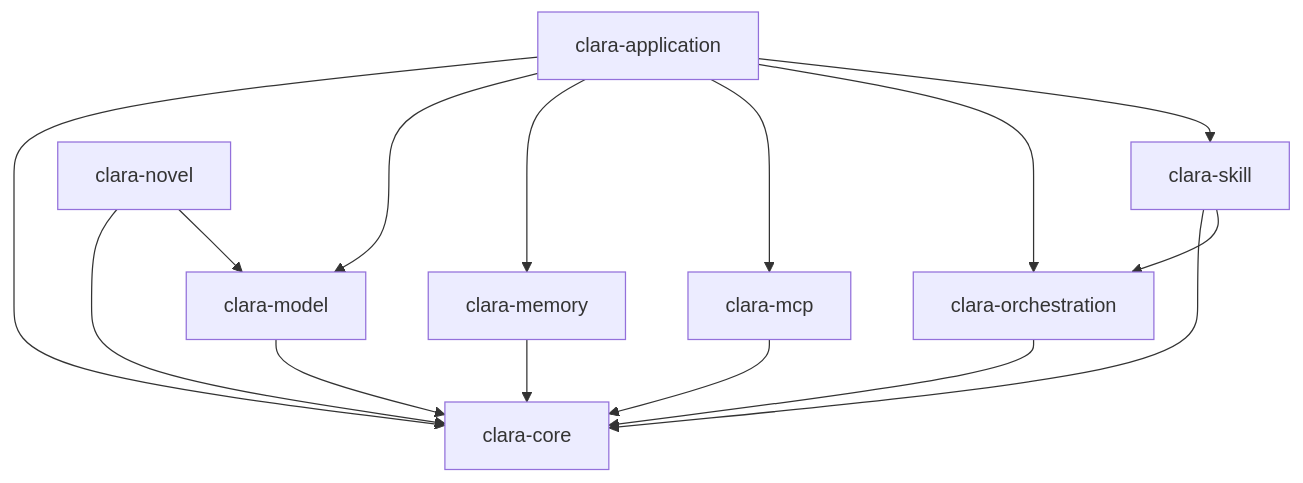
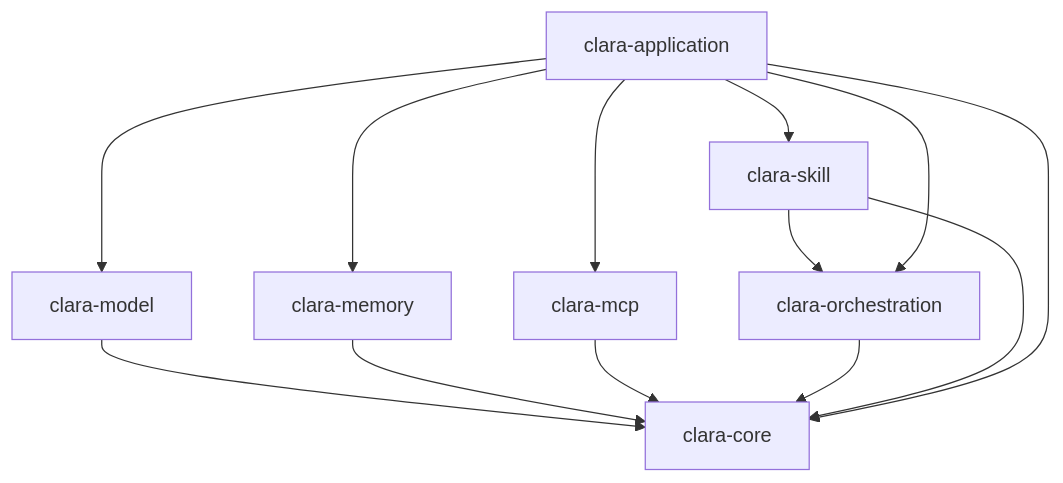
One commit to fangwu798/clara changed the diagram in readme.md. Above: the diagram before and after it, drawn with Mermaid. The commit also changed other lines of this file and 15 other files, not shown here.

First line of the commit message:
refactor: 移除 clara-novel 模块及运行脚本

````diff
--- a/readme.md
+++ b/readme.md
@@ -31,18 +30,16 @@
 ```mermaid
 flowchart TD
     core[clara-core]
     model[clara-model] --> core
     memory[clara-memory] --> core
     mcp[clara-mcp] --> core
     orchestration[clara-orchestration] --> core
     skill[clara-skill] --> core
     skill --> orchestration
     application[clara-application] --> core
     application --> model
     application --> memory
     application --> mcp
     application --> orchestration
     application --> skill
-    novel[clara-novel] --> core
-    novel --> model
 ```
````
